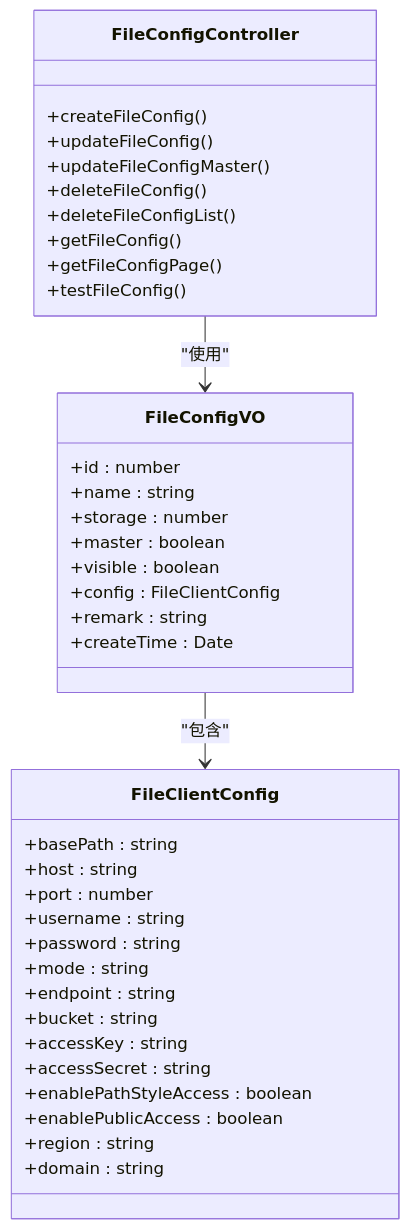
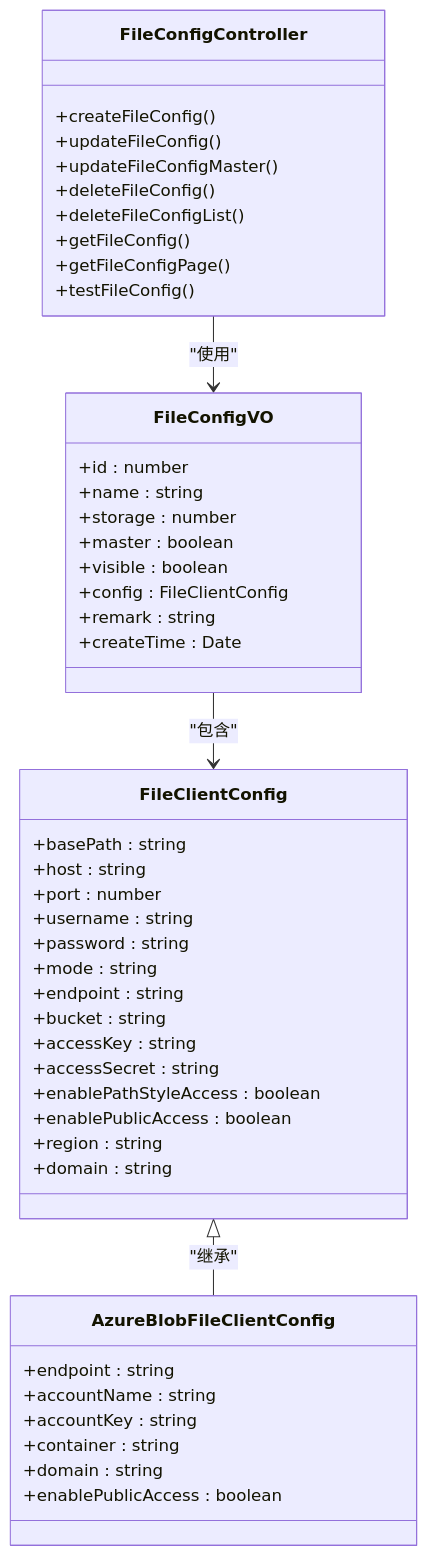
Before and after one commit to xiaoche80s-tech/rouyi-vue-pro: the fourth of 6 diagrams in .qoder/repowiki/zh/content/核心模块/基础设施模块/文件管理系统.md, drawn with Mermaid. The commit also changed other lines of this file and 596 other files, not shown here.

````diff
--- a/.qoder/repowiki/zh/content/核心模块/基础设施模块/文件管理系统.md
+++ b/.qoder/repowiki/zh/content/核心模块/基础设施模块/文件管理系统.md
@@ -174,41 +224,50 @@
 ```mermaid
 classDiagram
 class FileClientConfig {
 +basePath : string
 +host : string
 +port : number
 +username : string
 +password : string
 +mode : string
 +endpoint : string
 +bucket : string
 +accessKey : string
 +accessSecret : string
 +enablePathStyleAccess : boolean
 +enablePublicAccess : boolean
 +region : string
 +domain : string
+}
+class AzureBlobFileClientConfig {
++endpoint : string
++accountName : string
++accountKey : string
++container : string
++domain : string
++enablePublicAccess : boolean
 }
 class FileConfigVO {
 +id : number
 +name : string
 +storage : number
 +master : boolean
 +visible : boolean
 +config : FileClientConfig
 +remark : string
 +createTime : Date
 }
 class FileConfigController {
 +createFileConfig()
 +updateFileConfig()
 +updateFileConfigMaster()
 +deleteFileConfig()
 +deleteFileConfigList()
 +getFileConfig()
 +getFileConfigPage()
 +testFileConfig()
 }
 FileConfigController --> FileConfigVO : "使用"
 FileConfigVO --> FileClientConfig : "包含"
+FileClientConfig <|-- AzureBlobFileClientConfig : "继承"
 ```
````
